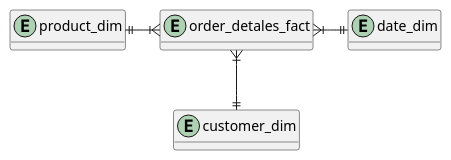
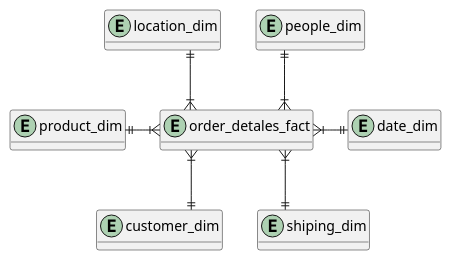
Before and after one commit to dimabugaev/DE-101: the first of 6 diagrams in module2/results/model.puml, drawn with PlantUML. The commit also changed other lines of this file and 8 other files, not shown here.

```diff
--- a/module2/results/model.puml
+++ b/module2/results/model.puml
@@ -1,18 +1,22 @@
 @startuml concept_star
 
 skinparam linetype ortho
 hide methods
 
 
 entity order_detales_fact
 entity customer_dim
-'entity location_dim
+entity location_dim
 entity product_dim
 entity date_dim
+entity people_dim
+entity shiping_dim
 
 customer_dim ||-u-|{ order_detales_fact
-'location_dim - order_detales_fact
+shiping_dim ||-u-|{ order_detales_fact
+location_dim ||-d-|{ order_detales_fact
 product_dim ||-|{ order_detales_fact
 date_dim ||-l-|{ order_detales_fact
+people_dim ||-d-|{ order_detales_fact
 
 @enduml
```
